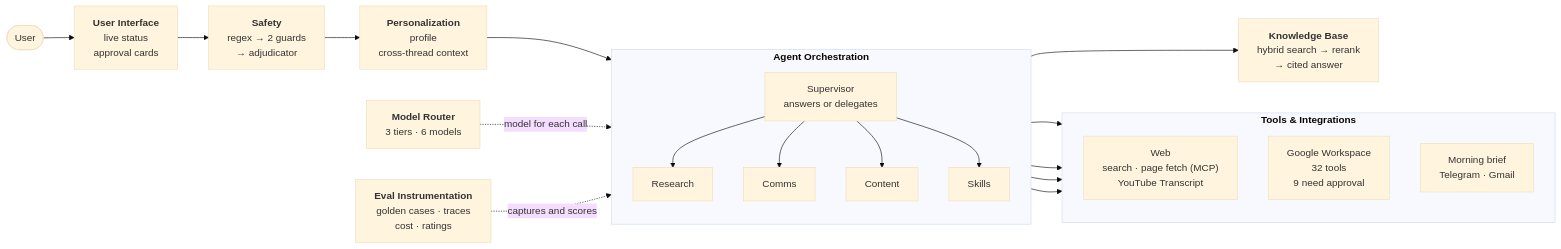
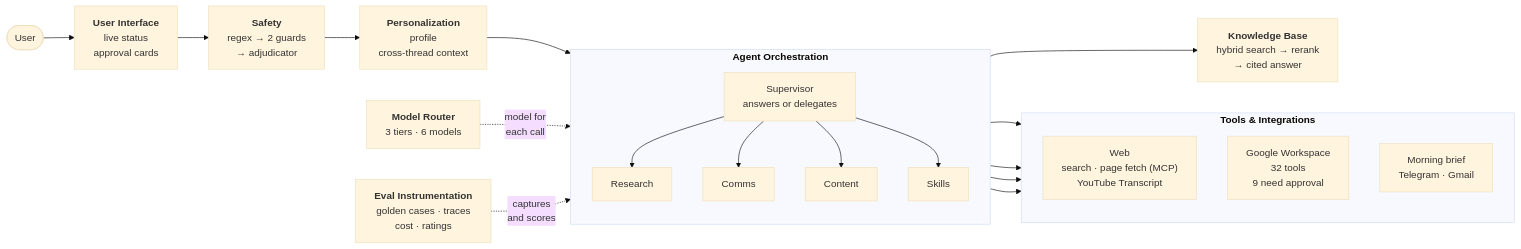
One commit to michaelma-ai/portfolio changed the diagram in central/assets/system-design.mmd. Above: the diagram before and after it, drawn with Mermaid (base theme). The commit also changed 5 other files, not shown here.

First line of the commit message:
System design charts: roomier layout, full-size link, accurate release gate

```diff
--- a/central/assets/system-design.mmd
+++ b/central/assets/system-design.mmd
@@ -1,50 +1,52 @@
 flowchart LR
     User(["`User`"]) --> UI["`**User Interface**
 live status
 approval cards`"]
     UI --> Safety["`**Safety**
 regex → 2 guards
 → adjudicator`"]
     Safety --> Personal["`**Personalization**
 profile
 cross-thread context`"]
     Personal --> Supervisor
 
     subgraph Orch["`**Agent Orchestration**`"]
         direction TB
         Supervisor["`Supervisor
 answers or delegates`"]
         Research["`Research`"]
         Comms["`Comms`"]
         Content["`Content`"]
         Skills["`Skills`"]
         Supervisor --> Research & Comms & Content & Skills
     end
 
     Router["`**Model Router**
-3 tiers · 6 models`"] -. "model for each call" .-> Orch
+3 tiers · 6 models`"] -. "`model for
+each call`" .-> Orch
 
     KB["`**Knowledge Base**
 hybrid search → rerank
 → cited answer`"]
     subgraph Tools["`**Tools & Integrations**`"]
         direction TB
         Web["`Web
 search · page fetch (MCP)
 YouTube Transcript`"]
         Workspace["`Google Workspace
 32 tools
 9 need approval`"]
         Brief["`Morning brief
 Telegram · Gmail`"]
     end
 
     Research --> KB
     Research --> Web
     Comms --> Workspace
     Content --> Workspace
     Skills --> Brief
 
     Eval["`**Eval Instrumentation**
 golden cases · traces
-cost · ratings`"] -. "captures and scores" .-> Orch
+cost · ratings`"] -. "`captures
+and scores`" .-> Orch
```
